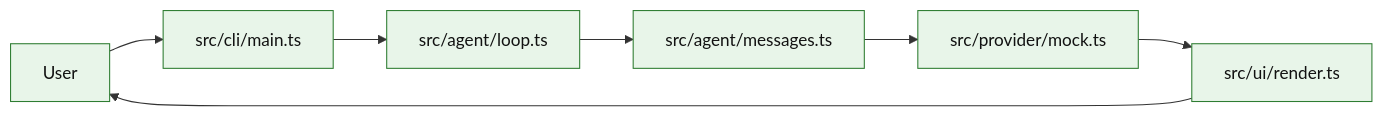
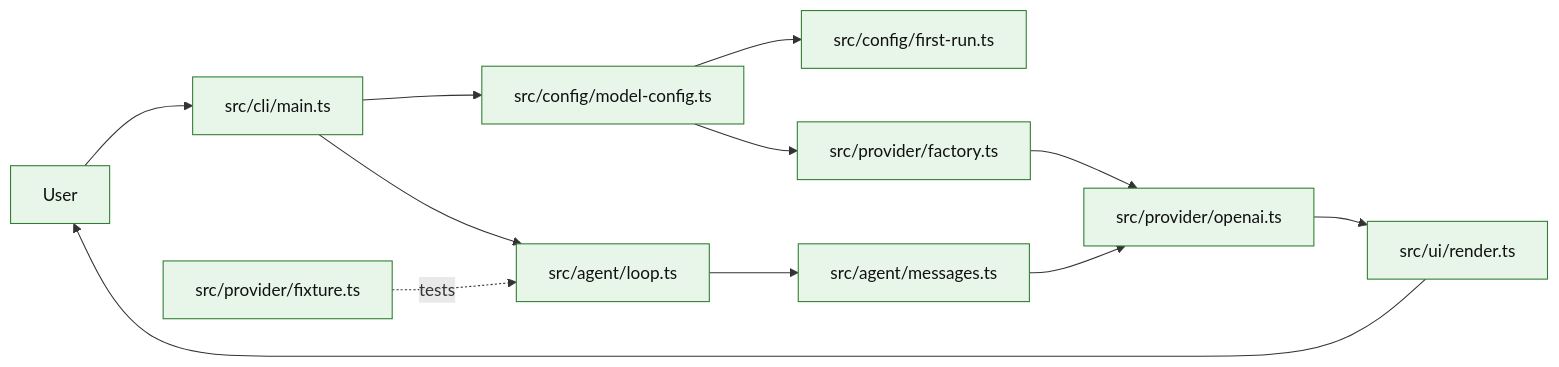
Before and after one commit to 1330482928/kai-code-agent: the diagram in code-agent-roadmap/stages/stage-01-minimal-loop.md, drawn with Mermaid. The commit also changed other lines of this file and 40 other files, not shown here.

Commit message:
feat(cli): add first-run setup, TUI workflow, and OpenAI streaming provider

````diff
--- a/code-agent-roadmap/stages/stage-01-minimal-loop.md
+++ b/code-agent-roadmap/stages/stage-01-minimal-loop.md
@@ -54,12 +58,17 @@
 ```mermaid
 flowchart LR
   User["User"] --> CLI["src/cli/main.ts"]
+  CLI --> Config["src/config/model-config.ts"]
+  Config --> Wizard["src/config/first-run.ts"]
+  Config --> Factory["src/provider/factory.ts"]
   CLI --> Loop["src/agent/loop.ts"]
   Loop --> Msg["src/agent/messages.ts"]
-  Msg --> Provider["src/provider/mock.ts"]
+  Msg --> Provider["src/provider/openai.ts"]
+  Factory --> Provider
   Provider --> UI["src/ui/render.ts"]
   UI --> User
+  Fixture["src/provider/fixture.ts"] -. tests .-> Loop
 
   classDef new fill:#e8f5e9,stroke:#2e7d32,color:#111;
-  class User,CLI,Loop,Msg,Provider,UI new;
+  class User,CLI,Config,Wizard,Factory,Loop,Msg,Provider,UI,Fixture new;
 ```
````
